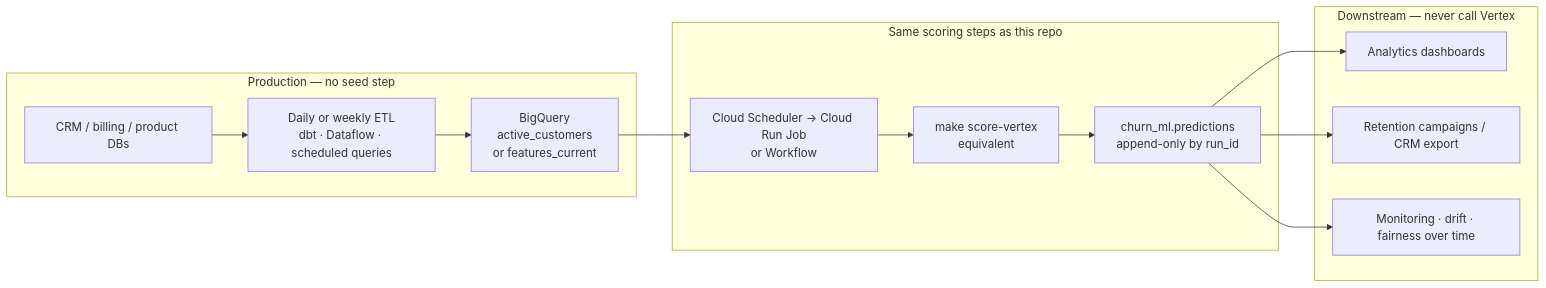
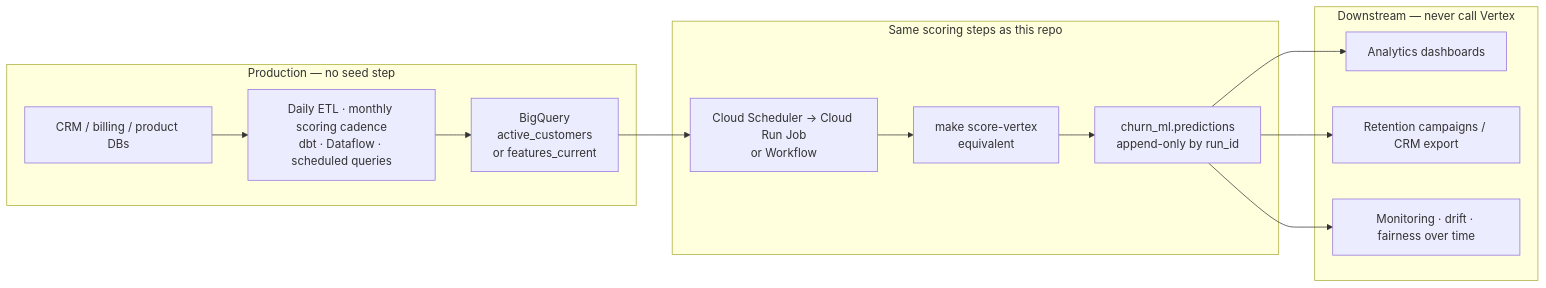
The third of 4 diagrams in README.md (carol-baptista/vertex-churn-pipeline), drawn with Mermaid before and after one commit. The commit also changed other lines of this file and 2 other files, not shown here.

Commit message:
Update documentation to reflect changes in batch scoring frequency from weekly to monthly. Clarify the implications of this change on data processing and scoring cadence in both README and phase-4-batch documentation. Adjust SQL comments to align with the new monthly monitoring approach.

````diff
--- a/README.md
+++ b/README.md
@@ -101,25 +101,25 @@
 ```mermaid
 flowchart LR
   subgraph prod["Production — no seed step"]
     CRM["CRM / billing / product DBs"]
-    ETL["Daily or weekly ETL\ndbt · Dataflow · scheduled queries"]
+    ETL["Daily ETL · monthly scoring cadence\ndbt · Dataflow · scheduled queries"]
     BQlive["BigQuery\nactive_customers\nor features_current"]
     CRM --> ETL --> BQlive
   end
 
   subgraph score["Same scoring steps as this repo"]
     Job["Cloud Scheduler → Cloud Run Job\nor Workflow"]
     Score["make score-vertex\nequivalent"]
     Pred["churn_ml.predictions\nappend-only by run_id"]
     BQlive --> Job --> Score --> Pred
   end
 
   subgraph consumers["Downstream — never call Vertex"]
     Ana["Analytics dashboards"]
     Ret["Retention campaigns / CRM export"]
     Mon["Monitoring · drift · fairness over time"]
     Pred --> Ana
     Pred --> Ret
     Pred --> Mon
   end
 ```
````
